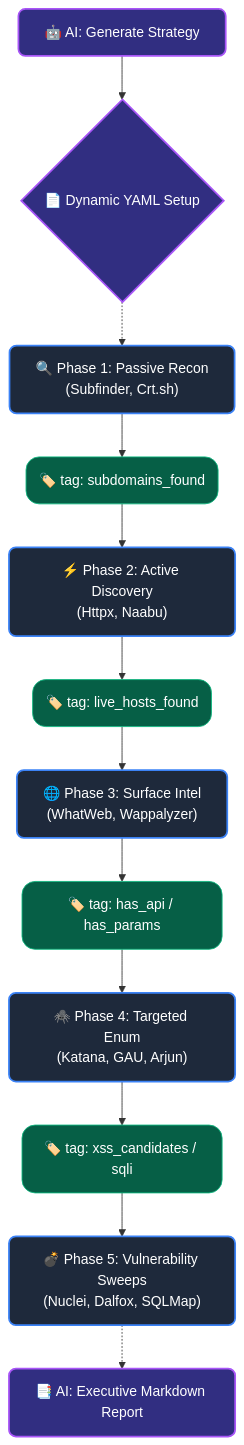
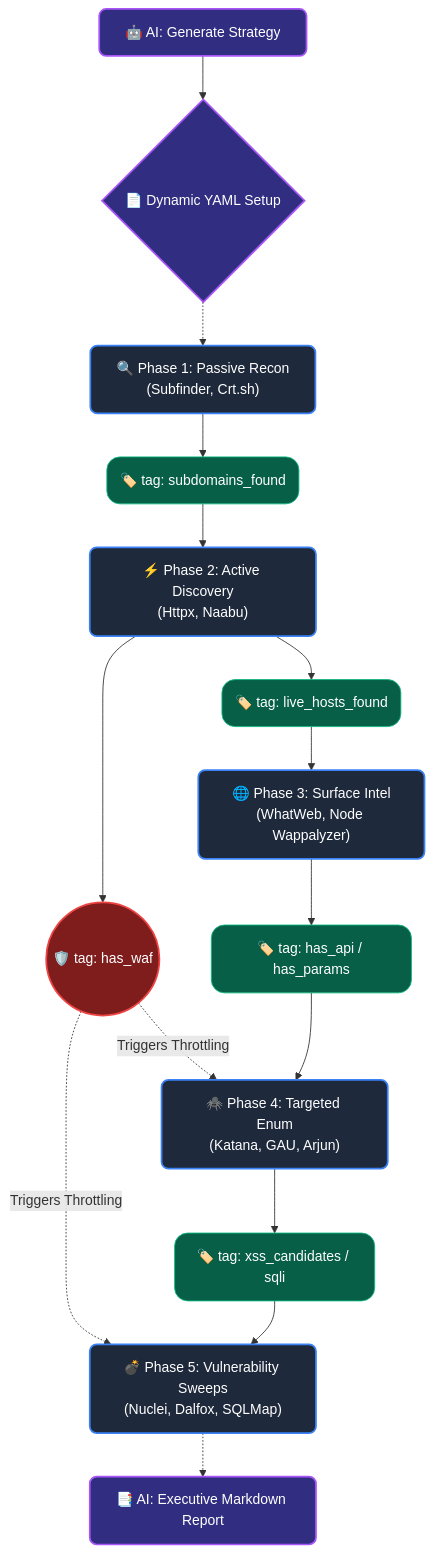
Before and after one commit to HuntForgeHQ/huntforge: the second of 2 diagrams in README.md, drawn with Mermaid. The commit also changed other lines of this file and 32 other files, not shown here.

Commit message:
feat: Implement intelligent autonomous WAF detection and evasion; Fix Wappalyzer Node.js integration; Improve README

````diff
--- a/README.md
+++ b/README.md
@@ -65,25 +78,30 @@
 ```mermaid
 graph TD
     %% Styling
     classDef phase fill:#1e293b,stroke:#3b82f6,stroke-width:2px,color:#fff,rx:8,ry:8
     classDef ai_phase fill:#312e81,stroke:#a855f7,stroke-width:2px,color:#fff,rx:8,ry:8
     classDef tag fill:#065f46,stroke:#10b981,stroke-width:1px,color:#fff,rx:15,ry:15
+    classDef waf fill:#7f1d1d,stroke:#ef4444,stroke-width:2px,color:#fff,rx:5,ry:5
 
     %% Nodes
     A["🤖 AI: Generate Strategy"]:::ai_phase --> B{"📄 Dynamic YAML Setup"}:::ai_phase
     B -.-> C["🔍 Phase 1: Passive Recon\n(Subfinder, Crt.sh)"]:::phase
     
     C --> T1("🏷️ tag: subdomains_found"):::tag
     T1 --> D["⚡ Phase 2: Active Discovery\n(Httpx, Naabu)"]:::phase
     
     D --> T2("🏷️ tag: live_hosts_found"):::tag
-    T2 --> E["🌐 Phase 3: Surface Intel\n(WhatWeb, Wappalyzer)"]:::phase
+    D --> WAF(("🛡️ tag: has_waf")):::waf
+    
+    T2 --> E["🌐 Phase 3: Surface Intel\n(WhatWeb, Node Wappalyzer)"]:::phase
+    WAF -.-> |Triggers Throttling| F
+    WAF -.-> |Triggers Throttling| G
     
     E --> T3("🏷️ tag: has_api / has_params"):::tag
     T3 --> F["🕷️ Phase 4: Targeted Enum\n(Katana, GAU, Arjun)"]:::phase
     
     F --> T4("🏷️ tag: xss_candidates / sqli"):::tag
     T4 --> G["💣 Phase 5: Vulnerability Sweeps\n(Nuclei, Dalfox, SQLMap)"]:::phase
     
     G -.-> H["📑 AI: Executive Markdown Report"]:::ai_phase
 ```
````
